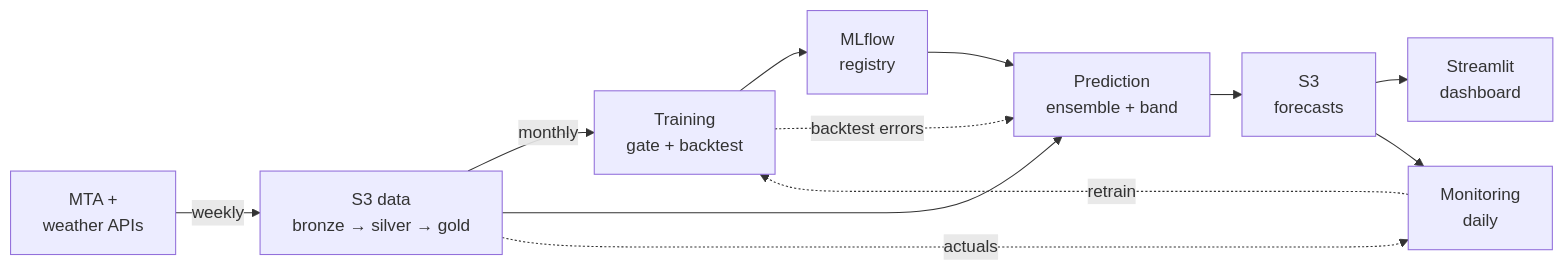
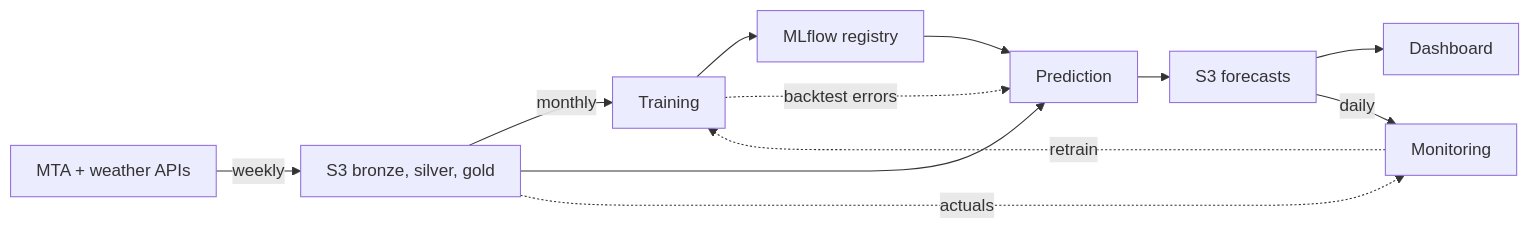
The diagram in README.md (Keerthana-Suresh-Anand/nyc-transit-demand-forecasting), drawn with Mermaid before and after one commit.

Commit message:
docs: single-line diagram labels so text fits its boxes

````diff
--- a/README.md
+++ b/README.md
@@ -37,15 +37,15 @@
 ```mermaid
-%%{init: {"flowchart": {"nodeSpacing": 20, "rankSpacing": 30}}}%%
+%%{init: {"flowchart": {"nodeSpacing": 20, "rankSpacing": 30, "padding": 12}}}%%
 flowchart LR
-    apis["MTA +<br/>weather APIs"] -->|weekly| data["S3 data<br/>bronze → silver → gold"]
-    data -->|monthly| train["Training<br/>gate + backtest"]
-    train --> registry["MLflow<br/>registry"]
-    registry --> predict["Prediction<br/>ensemble + band"]
+    apis["MTA + weather APIs"] -->|weekly| data["S3 bronze, silver, gold"]
+    data -->|monthly| train["Training"]
+    train --> registry["MLflow registry"]
+    registry --> predict["Prediction"]
     data --> predict
     train -.->|backtest errors| predict
-    predict --> fc["S3<br/>forecasts"]
-    fc --> dash["Streamlit<br/>dashboard"]
-    fc --> monitor["Monitoring<br/>daily"]
+    predict --> fc["S3 forecasts"]
+    fc --> dash["Dashboard"]
+    fc -->|daily| monitor["Monitoring"]
     data -.->|actuals| monitor
     monitor -.->|retrain| train
 ```
````
